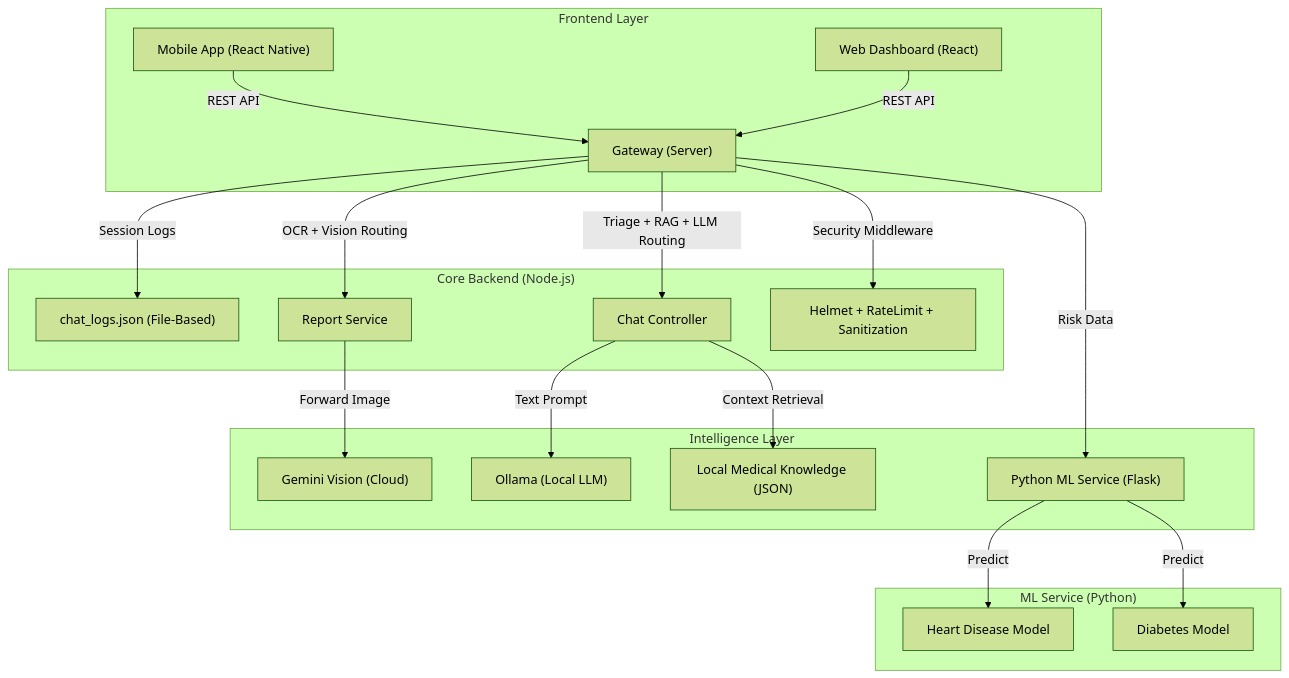
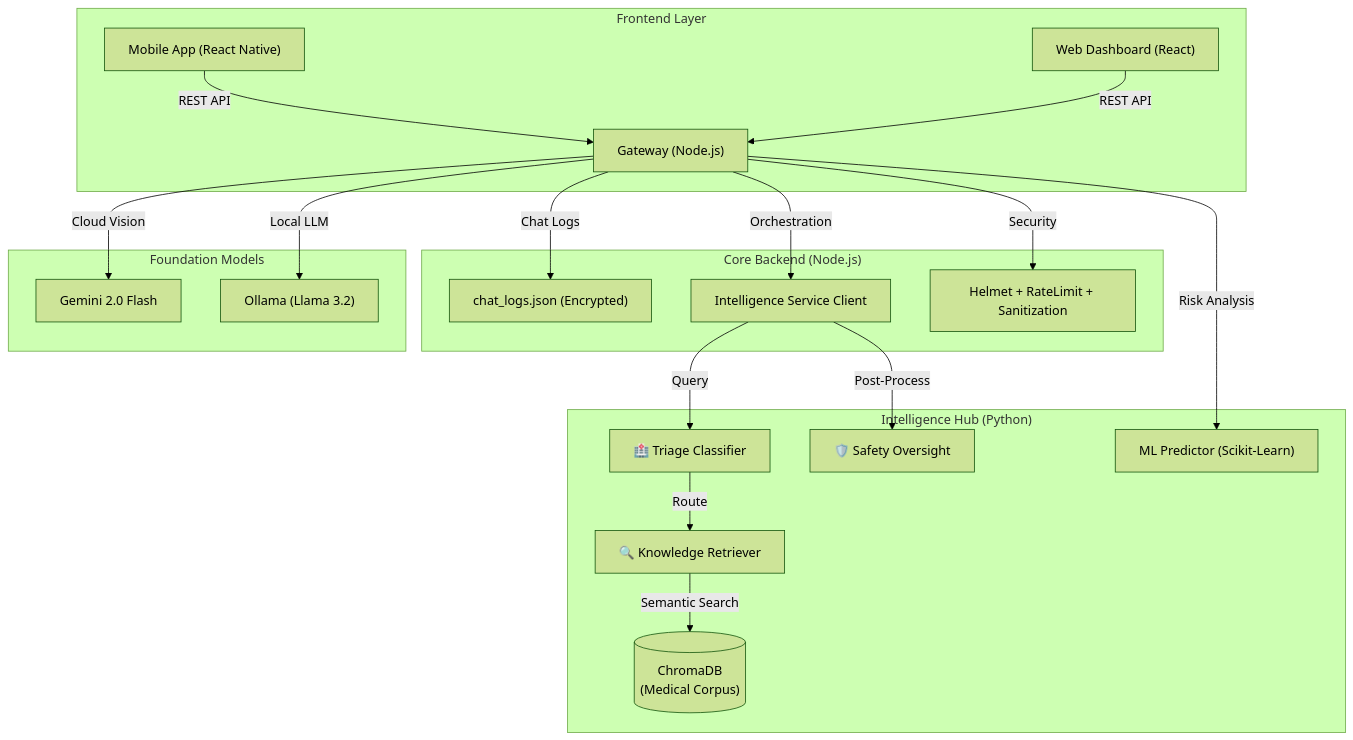
Before and after one commit to yashsrivastava1408/Aether-Clinic: the second of 2 diagrams in README.md, drawn with Mermaid (forest theme). The commit also changed other lines of this file and 32 other files, not shown here.

````diff
--- a/README.md
+++ b/README.md
@@ -76,26 +65,26 @@
 ```mermaid
 graph TD
     subgraph "Frontend Layer"
-        M["Mobile App (React Native)"] -->|REST API| G["Gateway (Server)"]
+        M["Mobile App (React Native)"] -->|REST API| G["Gateway (Node.js)"]
         W["Web Dashboard (React)"] -->|REST API| G
     end
 
     subgraph "Core Backend (Node.js)"
-        G -->|Session Logs| F["chat_logs.json (File-Based)"]
-        G -->|OCR + Vision Routing| S["Report Service"]
-        G -->|Triage + RAG + LLM Routing| C["Chat Controller"]
-        G -->|Security Middleware| X["Helmet + RateLimit + Sanitization"]
+        G -->|Chat Logs| F["chat_logs.json (Encrypted)"]
+        G -->|Orchestration| S["Intelligence Service Client"]
+        G -->|Security| X["Helmet + RateLimit + Sanitization"]
     end
 
-    subgraph "Intelligence Layer"
-        S -->|Forward Image| V["Gemini Vision (Cloud)"]
-        C -->|Text Prompt| L["Ollama (Local LLM)"]
-        C -->|Context Retrieval| R["Local Medical Knowledge (JSON)"]
-        G -->|Risk Data| ML["Python ML Service (Flask)"]
+    subgraph "Intelligence Hub (Python)"
+        S -->|Query| TC["🏥 Triage Classifier"]
+        TC -->|Route| KR["🔍 Knowledge Retriever"]
+        KR -->|Semantic Search| CDB[("ChromaDB\n(Medical Corpus)")]
+        S -->|Post-Process| SO["🛡️ Safety Oversight"]
+        G -->|Risk Analysis| ML["ML Predictor (Scikit-Learn)"]
     end
 
-    subgraph "ML Service (Python)"
-        ML -->|Predict| H["Heart Disease Model"]
-        ML -->|Predict| D["Diabetes Model"]
+    subgraph "Foundation Models"
+        G -->|Cloud Vision| V["Gemini 2.0 Flash"]
+        G -->|Local LLM| L["Ollama (Llama 3.2)"]
     end
 ```
````
